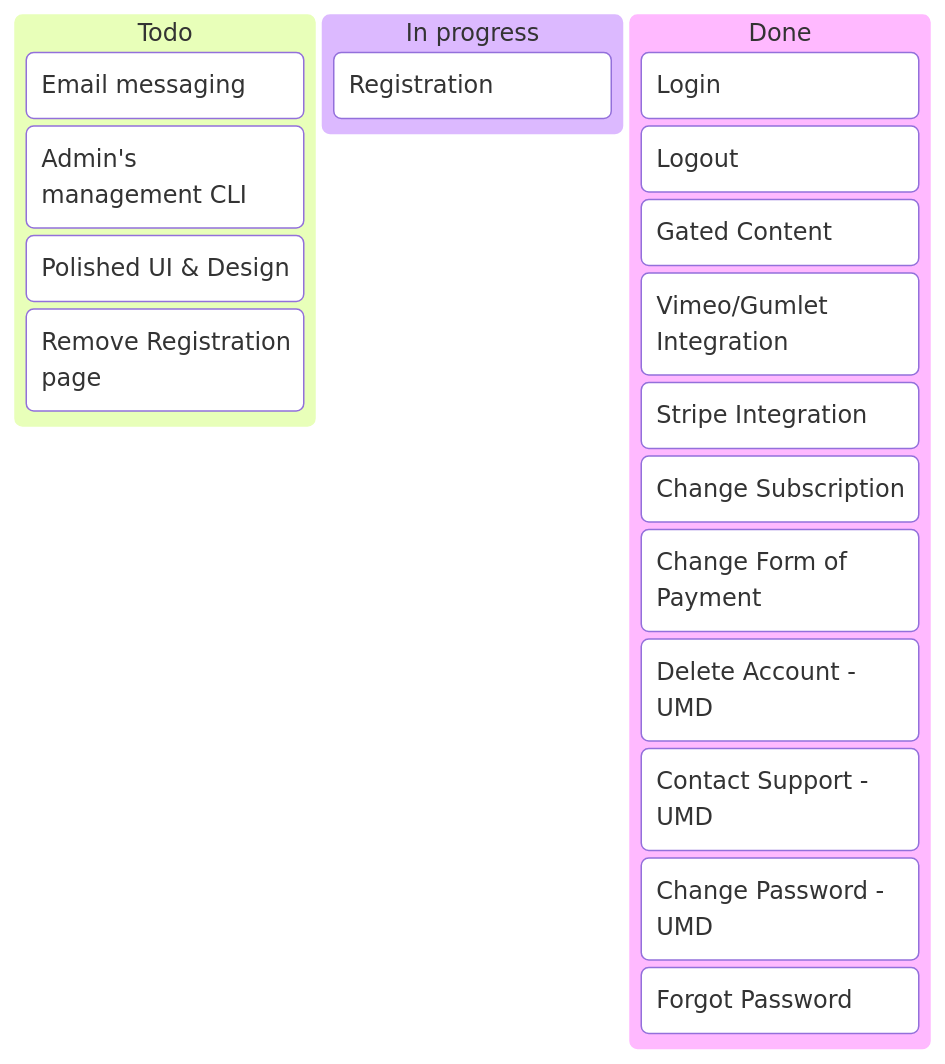
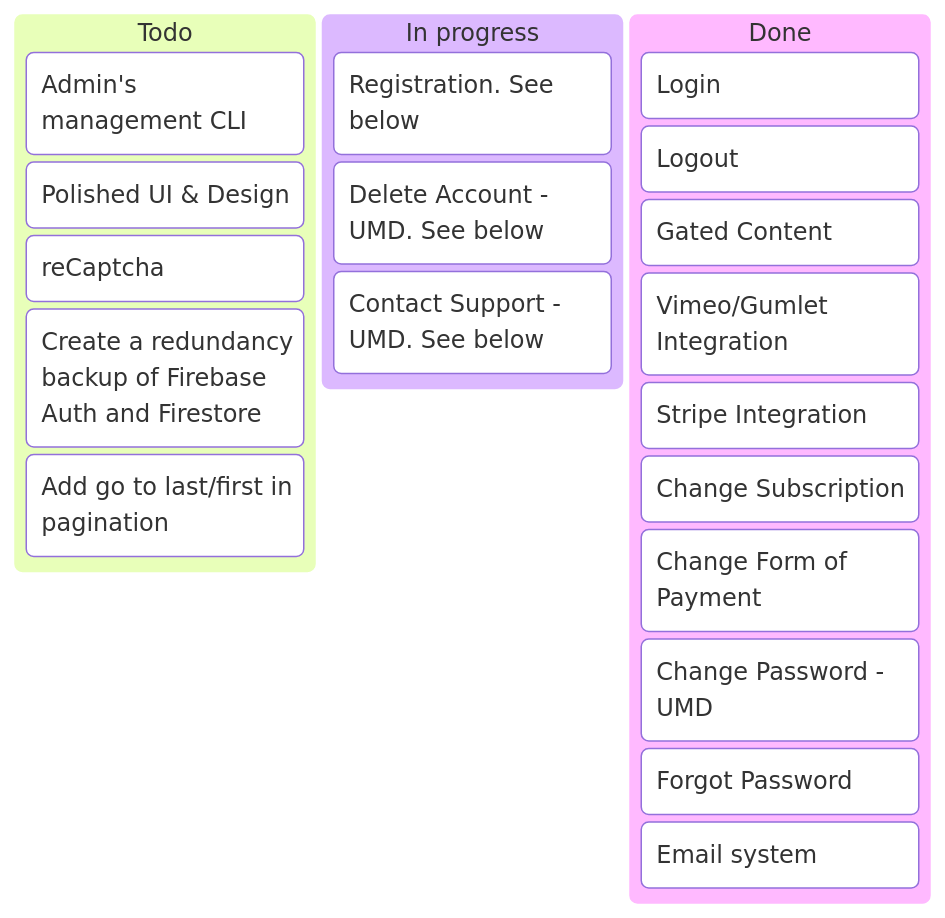
The diagram in content/docs/refactor.md (cheomanigua/bwadocs), drawn with Mermaid before and after one commit. The commit also changed other lines of this file and 4 other files, not shown here.

````diff
--- a/content/docs/refactor.md
+++ b/content/docs/refactor.md
@@ -10,22 +10,24 @@
 ```mermaid
 kanban
   Todo
-    [Email messaging]
     [Admin's management CLI]
     [Polished UI & Design]
-    [Remove Registration page]
+    [reCaptcha]
+    [Create a redundancy backup of Firebase Auth and Firestore]
+    [Add go to last/first in pagination]
   [In progress]
-    [Registration]
+    [Registration. See below]
+    [Delete Account - UMD. See below]
+    [Contact Support - UMD. See below]
   [Done]
     [Login]
     [Logout]
     [Gated Content]
     [Vimeo/Gumlet Integration]
     [Stripe Integration]
     [Change Subscription]
     [Change Form of Payment]
-    [Delete Account - UMD]
-    [Contact Support - UMD]
     [Change Password - UMD]
     [Forgot Password]
+    [Email system]
 ```
````
